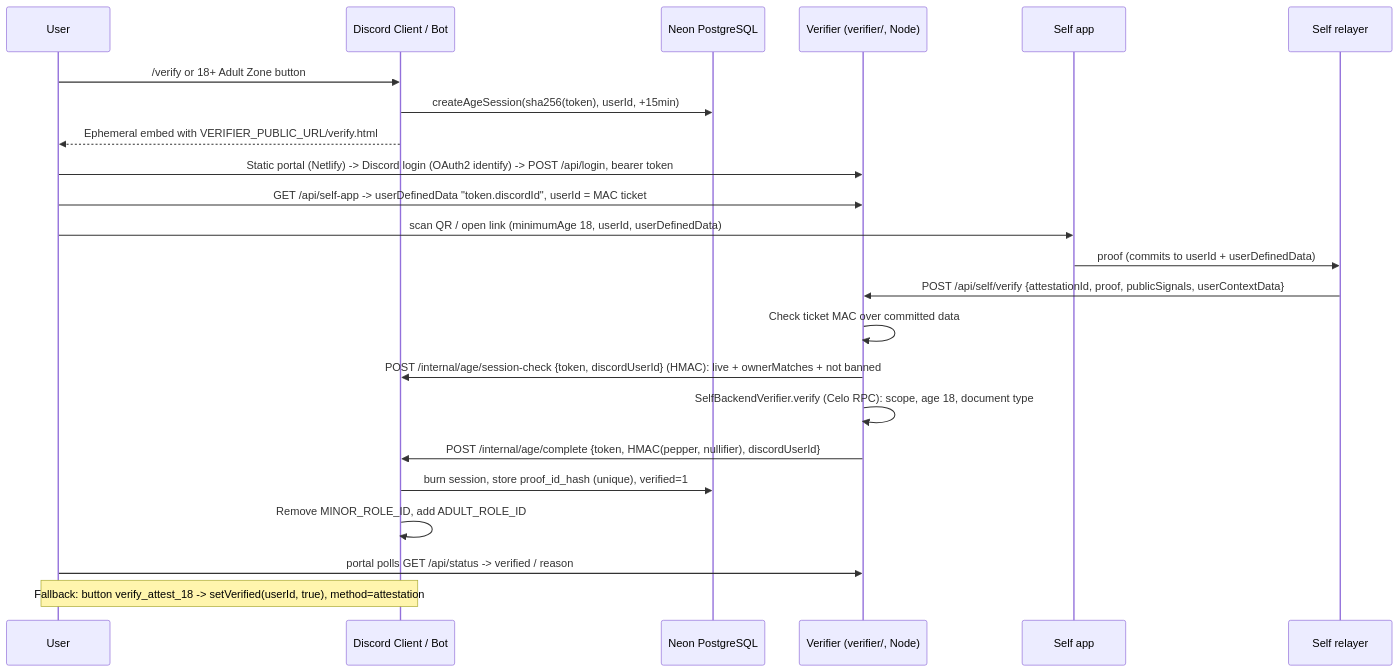
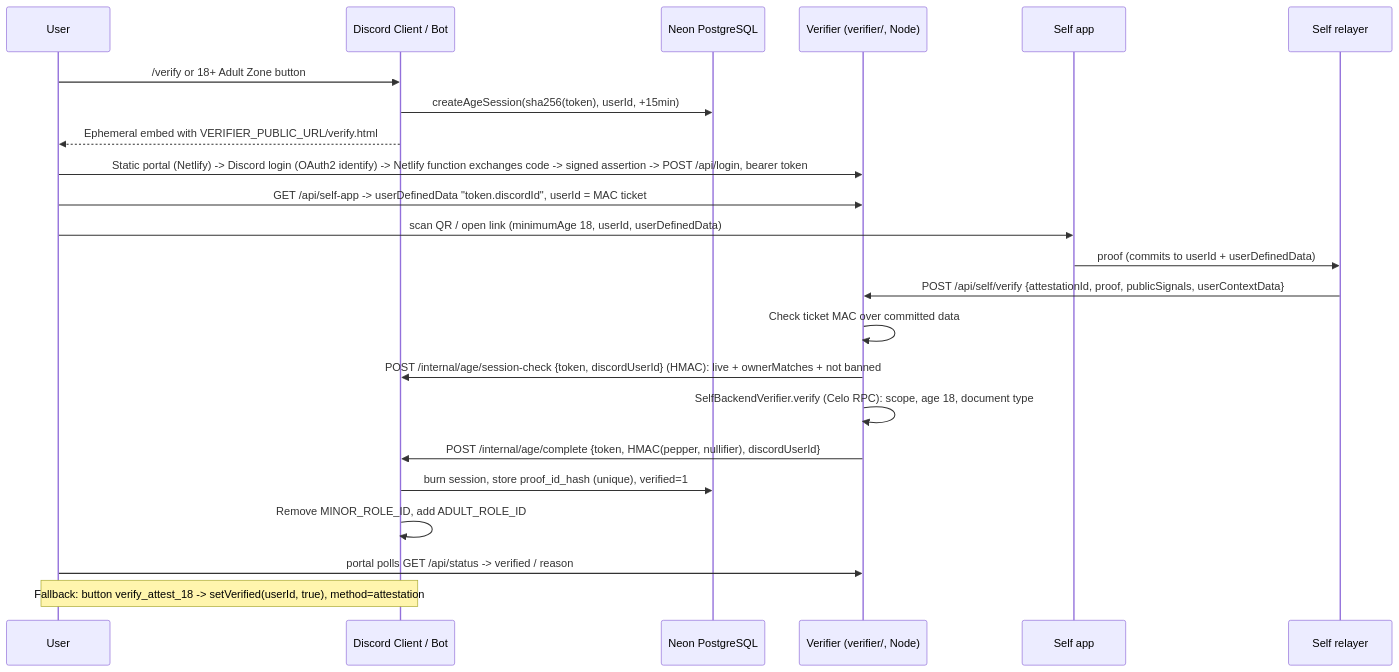
Before and after one commit to GlitchMatcha/AMORABot: the first of 2 diagrams in CHECKPOINTS.md, drawn with Mermaid. The commit also changed other lines of this file and 11 other files, not shown here.

Commit message:
Login: exchange Discord OAuth code in a Netlify Function (Render IP blocked by Cloudflare)

````diff
--- a/CHECKPOINTS.md
+++ b/CHECKPOINTS.md
@@ -248,26 +248,26 @@
 ```mermaid
 sequenceDiagram
     participant User
     participant Discord as Discord Client / Bot
     participant DB as Neon PostgreSQL
     participant V as Verifier (verifier/, Node)
     participant App as Self app
     participant R as Self relayer
 
     User->>Discord: /verify or 18+ Adult Zone button
     Discord->>DB: createAgeSession(sha256(token), userId, +15min)
     Discord-->>User: Ephemeral embed with VERIFIER_PUBLIC_URL/verify.html#s=token
-    User->>V: Static portal (Netlify) -> Discord login (OAuth2 identify) -> POST /api/login, bearer token
+    User->>V: Static portal (Netlify) -> Discord login (OAuth2 identify) -> Netlify function exchanges code -> signed assertion -> POST /api/login, bearer token
     User->>V: GET /api/self-app -> userDefinedData "token.discordId", userId = MAC ticket
     User->>App: scan QR / open link (minimumAge 18, userId, userDefinedData)
     App->>R: proof (commits to userId + userDefinedData)
     R->>V: POST /api/self/verify {attestationId, proof, publicSignals, userContextData}
     V->>V: Check ticket MAC over committed data
     V->>Discord: POST /internal/age/session-check {token, discordUserId} (HMAC): live + ownerMatches + not banned
     V->>V: SelfBackendVerifier.verify (Celo RPC): scope, age 18, document type
     V->>Discord: POST /internal/age/complete {token, HMAC(pepper, nullifier), discordUserId}
     Discord->>DB: burn session, store proof_id_hash (unique), verified=1
     Discord->>Discord: Remove MINOR_ROLE_ID, add ADULT_ROLE_ID
     User->>V: portal polls GET /api/status -> verified / reason
     Note over User,Discord: Fallback: button verify_attest_18 -> setVerified(userId, true), method=attestation
 ```
````
